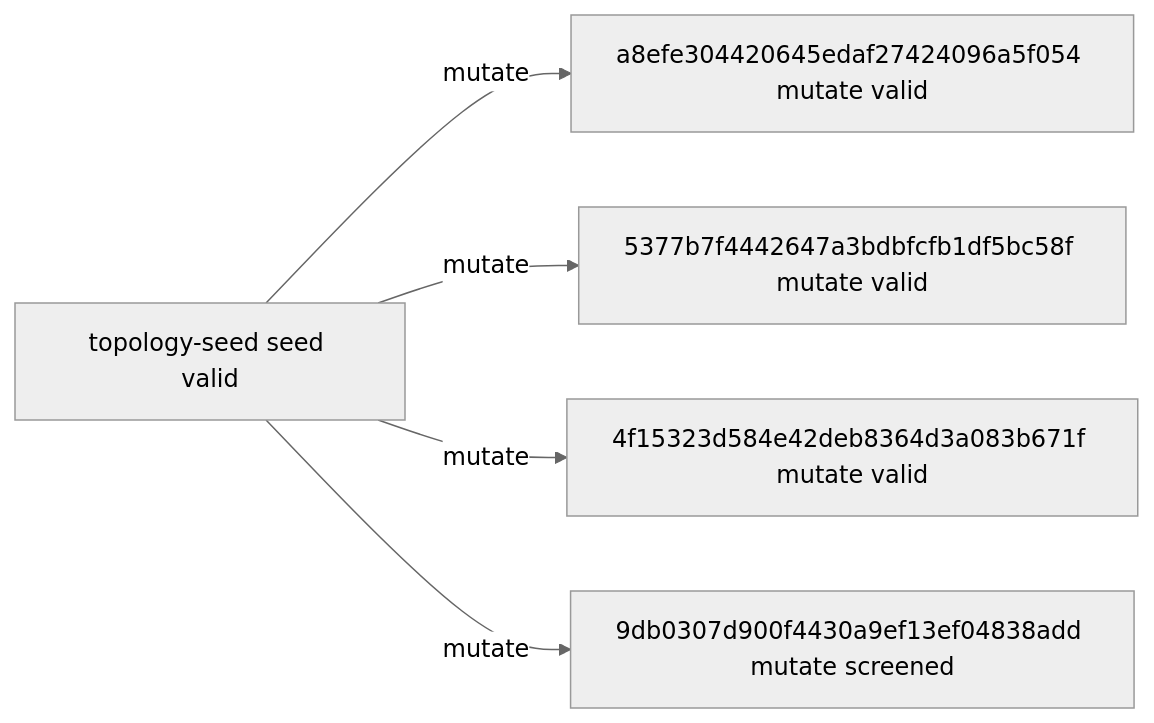
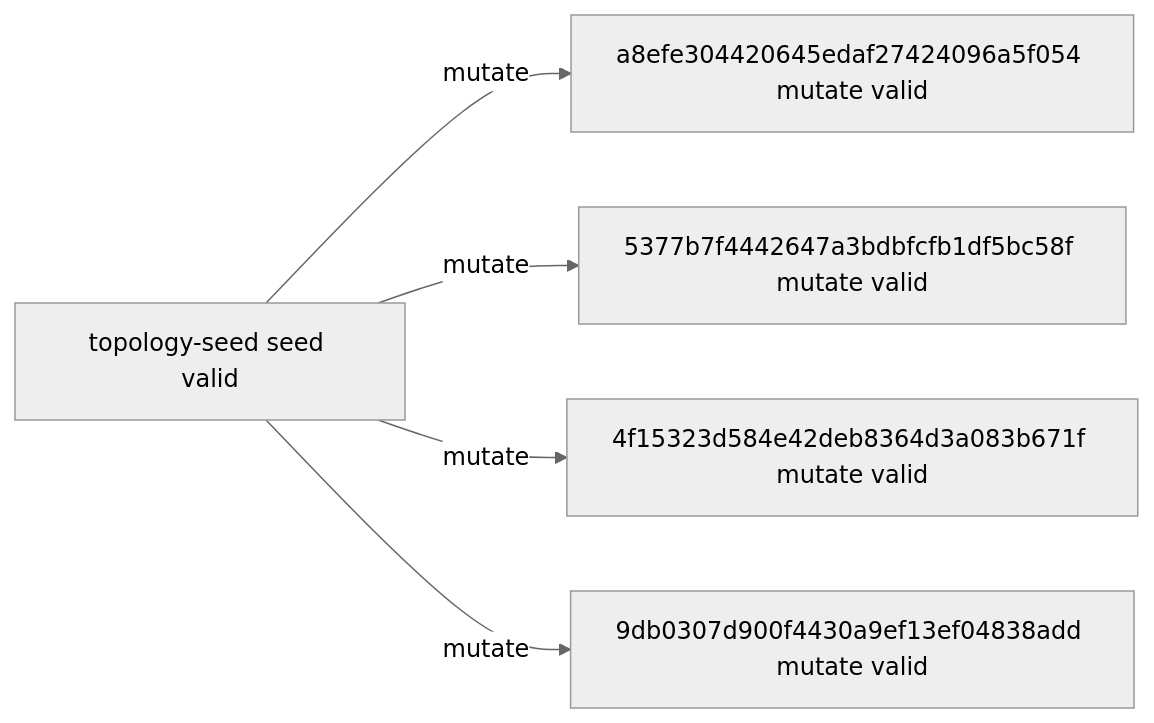
The diagram in experiments/campaigns/astra-group-numerical-v3/README.md (timbtz/feyer-search-lab), drawn with Mermaid (neutral theme) before and after one commit. The commit also changed other lines of this file and 7 other files, not shown here.

````diff
--- a/experiments/campaigns/astra-group-numerical-v3/README.md
+++ b/experiments/campaigns/astra-group-numerical-v3/README.md
@@ -21,12 +21,12 @@
 ```mermaid
 graph LR
   n0["topology-seed seed valid"]
   n1["a8efe304420645edaf27424096a5f054 mutate valid"]
   n2["5377b7f4442647a3bdbfcfb1df5bc58f mutate valid"]
   n3["4f15323d584e42deb8364d3a083b671f mutate valid"]
-  n4["9db0307d900f4430a9ef13ef04838add mutate screened"]
+  n4["9db0307d900f4430a9ef13ef04838add mutate valid"]
   n0 -->|mutate| n1
   n0 -->|mutate| n2
   n0 -->|mutate| n3
   n0 -->|mutate| n4
 ```
````
